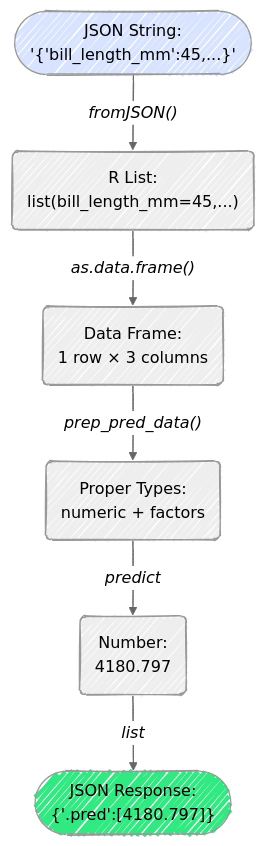
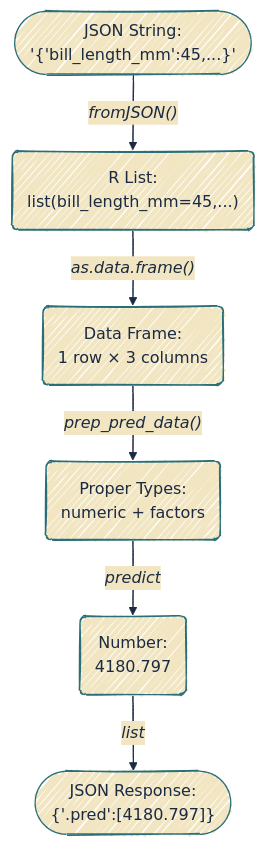
One commit to mjfrigaard/do4ds-labs changed the fourth of 7 diagrams in plumber.qmd. Above: the diagram before and after it, drawn with Mermaid. The commit also changed other lines of this file and 88 other files, not shown here.

````diff
--- a/plumber.qmd
+++ b/plumber.qmd
@@ -853,22 +847,20 @@
 ```{mermaid}
 %%| fig-width: 7.0
 %%| fig-align: center
-%%{init: {'theme': 'neutral', 'look': 'handDrawn', 'themeVariables': { 'fontFamily': 'monospace'}}}%%
+%%{init: {'theme': 'base', 'look': 'handDrawn', 'themeVariables': { 'fontFamily': 'monospace', 'primaryColor': '#F2E6C2', 'primaryBorderColor': '#2A6F77', 'primaryTextColor': '#1B2A41', 'secondaryColor': '#d4e7e4', 'tertiaryColor': '#f5f0e4', 'lineColor': '#1B2A41', 'edgeLabelBackground': '#F2E6C2'}}}%%
 
 graph TB
     JSON(["JSON String:<br/>'{'bill_length_mm':45,...}'"])
     
     JSON -->|"<em>fromJSON()</em>"| List("R List:<br/>list(bill_length_mm=45,...)")
     
     List -->|"<em>as.data.frame()</em>"| DF("Data Frame:<br/>1 row × 3 columns")
     
     DF -->|"<em>prep_pred_data()</em>"| Factors("Proper Types:<br/>numeric + factors")
     
     Factors -->|"<em>predict</em>"| Result("Number:<br/>4180.797")
     
     Result -->|"<em>list</em>"| Response(["JSON Response:<br/>{'.pred':[4180.797]}"])
     
-    style JSON fill:#d8e4ff 
-    style Response fill:#31e981
     
 ```
````
